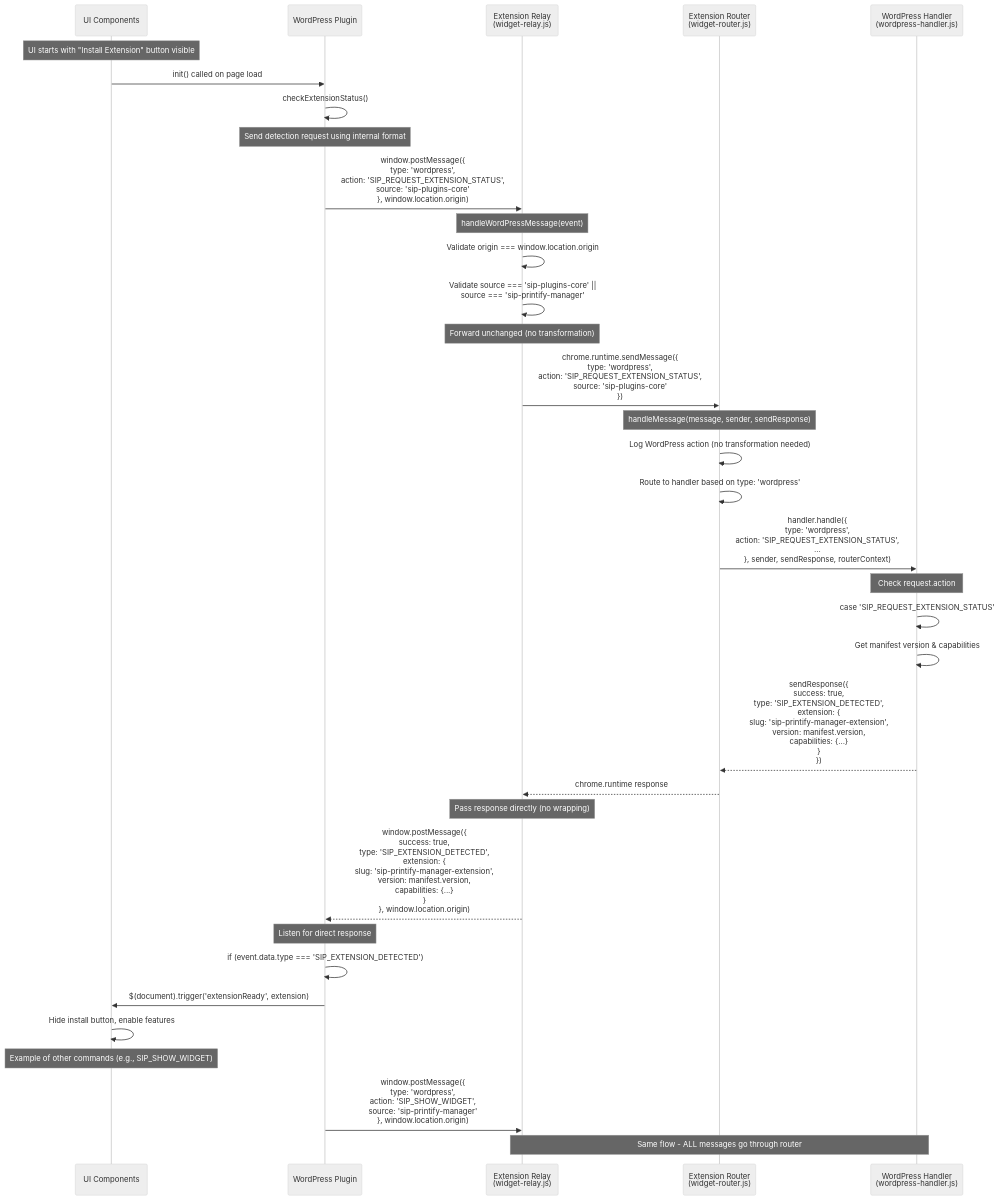
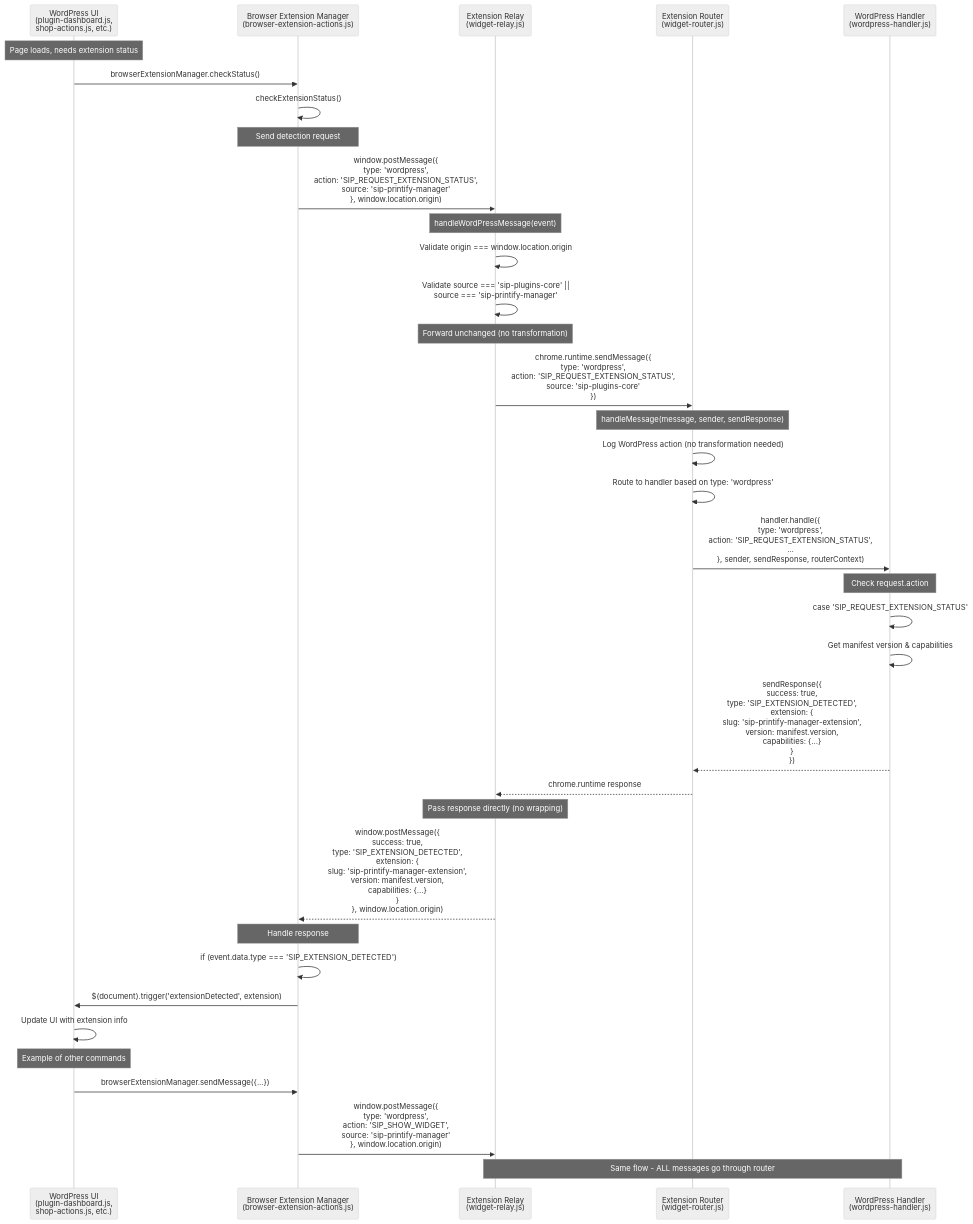
Before and after one commit to tdemelle-SiP/.claude: the diagram in guidelines/extension-detection-guidelines.md, drawn with Mermaid (neutral theme). The commit also changed 1 other file, not shown here.

Commit message:
1. All extension detection goes through   browserExtensionManager   2. No duplicate detection code   3. Consistent naming throughout   4. Clear message flow in the diagram

````diff
--- a/guidelines/extension-detection-guidelines.md
+++ b/guidelines/extension-detection-guidelines.md
@@ -17,51 +17,52 @@
 ```mermaid
 sequenceDiagram
-    participant UI as UI Components
-    participant WP as WordPress Plugin
+    participant UI as WordPress UI<br/>(plugin-dashboard.js,<br/>shop-actions.js, etc.)
+    participant BEM as Browser Extension Manager<br/>(browser-extension-actions.js)
     participant Relay as Extension Relay<br/>(widget-relay.js)
     participant Router as Extension Router<br/>(widget-router.js)
     participant Handler as WordPress Handler<br/>(wordpress-handler.js)
     
-    Note over UI: UI starts with "Install Extension" button visible
+    Note over UI: Page loads, needs extension status
     
-    UI->>WP: init() called on page load
-    WP->>WP: checkExtensionStatus()
+    UI->>BEM: browserExtensionManager.checkStatus()
+    BEM->>BEM: checkExtensionStatus()
     
-    Note over WP: Send detection request using internal format
-    WP->>Relay: window.postMessage({<br/>  type: 'wordpress',<br/>  action: 'SIP_REQUEST_EXTENSION_STATUS',<br/>  source: 'sip-plugins-core'<br/>}, window.location.origin)
+    Note over BEM: Send detection request
+    BEM->>Relay: window.postMessage({<br/>  type: 'wordpress',<br/>  action: 'SIP_REQUEST_EXTENSION_STATUS',<br/>  source: 'sip-printify-manager'<br/>}, window.location.origin)
     
     Note over Relay: handleWordPressMessage(event)
     Relay->>Relay: Validate origin === window.location.origin
     Relay->>Relay: Validate source === 'sip-plugins-core' ||<br/>source === 'sip-printify-manager'
     
     Note over Relay: Forward unchanged (no transformation)
     Relay->>Router: chrome.runtime.sendMessage({<br/>  type: 'wordpress',<br/>  action: 'SIP_REQUEST_EXTENSION_STATUS',<br/>  source: 'sip-plugins-core'<br/>})
     
     Note over Router: handleMessage(message, sender, sendResponse)
     Router->>Router: Log WordPress action (no transformation needed)
     Router->>Router: Route to handler based on type: 'wordpress'
     
     Router->>Handler: handler.handle({<br/>  type: 'wordpress',<br/>  action: 'SIP_REQUEST_EXTENSION_STATUS',<br/>  ...<br/>}, sender, sendResponse, routerContext)
     
     Note over Handler: Check request.action
     Handler->>Handler: case 'SIP_REQUEST_EXTENSION_STATUS'
     Handler->>Handler: Get manifest version & capabilities
     
     Handler-->>Router: sendResponse({<br/>  success: true,<br/>  type: 'SIP_EXTENSION_DETECTED',<br/>  extension: {<br/>    slug: 'sip-printify-manager-extension',<br/>    version: manifest.version,<br/>    capabilities: {...}<br/>  }<br/>})
     
     Router-->>Relay: chrome.runtime response
     
     Note over Relay: Pass response directly (no wrapping)
-    Relay-->>WP: window.postMessage({<br/>  success: true,<br/>  type: 'SIP_EXTENSION_DETECTED',<br/>  extension: {<br/>    slug: 'sip-printify-manager-extension',<br/>    version: manifest.version,<br/>    capabilities: {...}<br/>  }<br/>}, window.location.origin)
+    Relay-->>BEM: window.postMessage({<br/>  success: true,<br/>  type: 'SIP_EXTENSION_DETECTED',<br/>  extension: {<br/>    slug: 'sip-printify-manager-extension',<br/>    version: manifest.version,<br/>    capabilities: {...}<br/>  }<br/>}, window.location.origin)
     
-    Note over WP: Listen for direct response
-    WP->>WP: if (event.data.type === 'SIP_EXTENSION_DETECTED')
-    WP->>UI: $(document).trigger('extensionReady', extension)
-    UI->>UI: Hide install button, enable features
+    Note over BEM: Handle response
+    BEM->>BEM: if (event.data.type === 'SIP_EXTENSION_DETECTED')
+    BEM->>UI: $(document).trigger('extensionDetected', extension)
+    UI->>UI: Update UI with extension info
     
-    Note over UI: Example of other commands (e.g., SIP_SHOW_WIDGET)
+    Note over UI: Example of other commands
     
-    WP->>Relay: window.postMessage({<br/>  type: 'wordpress',<br/>  action: 'SIP_SHOW_WIDGET',<br/>  source: 'sip-printify-manager'<br/>}, window.location.origin)
+    UI->>BEM: browserExtensionManager.sendMessage({...})
+    BEM->>Relay: window.postMessage({<br/>  type: 'wordpress',<br/>  action: 'SIP_SHOW_WIDGET',<br/>  source: 'sip-printify-manager'<br/>}, window.location.origin)
     
     Note over Relay,Handler: Same flow - ALL messages go through router
 ```
````
